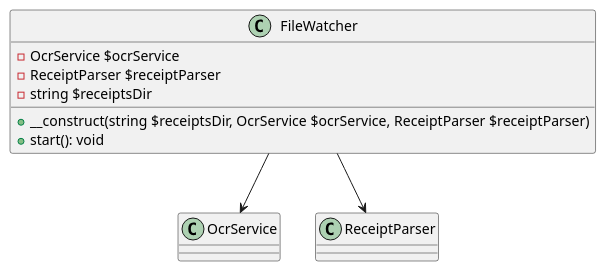
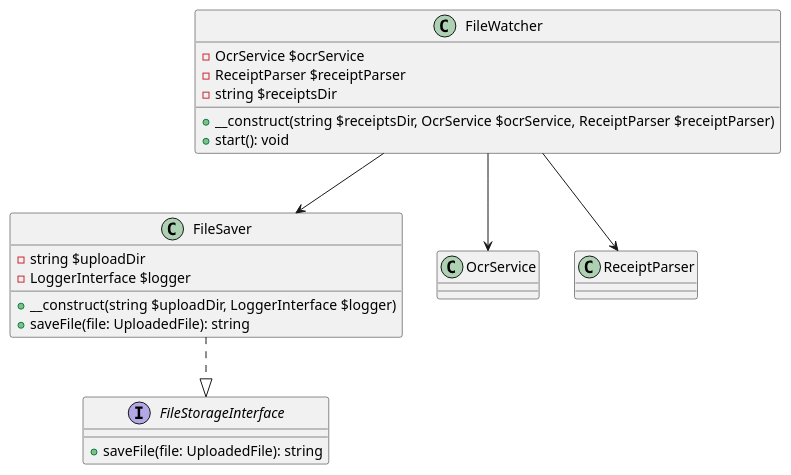
One commit to ksfraser/frontaccounting-receipt-processor changed the diagram in docs/uml/file_watcher_diagram.puml. Above: the diagram before and after it, drawn with PlantUML. The commit also changed 14 other files, not shown here.

```diff
--- a/docs/uml/file_watcher_diagram.puml
+++ b/docs/uml/file_watcher_diagram.puml
@@ -1,14 +1,27 @@
 @startuml
 
 class FileWatcher {
     - OcrService $ocrService
     - ReceiptParser $receiptParser
     - string $receiptsDir
     + __construct(string $receiptsDir, OcrService $ocrService, ReceiptParser $receiptParser)
     + start(): void
 }
 
+interface FileStorageInterface {
+    + saveFile(file: UploadedFile): string
+}
+
+class FileSaver {
+    - string $uploadDir
+    - LoggerInterface $logger
+    + __construct(string $uploadDir, LoggerInterface $logger)
+    + saveFile(file: UploadedFile): string
+}
+
+FileSaver ..|> FileStorageInterface
 FileWatcher --> OcrService
 FileWatcher --> ReceiptParser
+FileWatcher --> FileSaver
 
 @enduml
```
